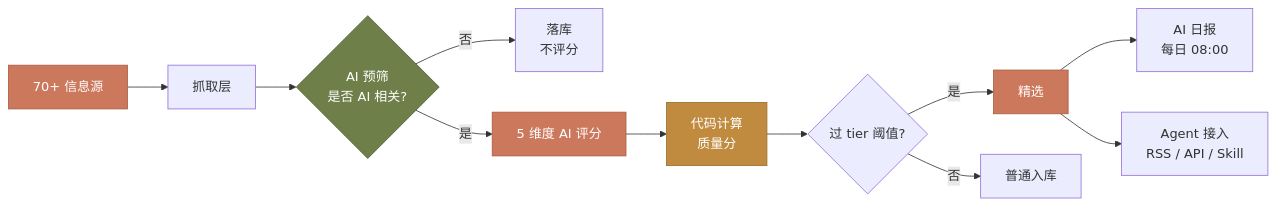
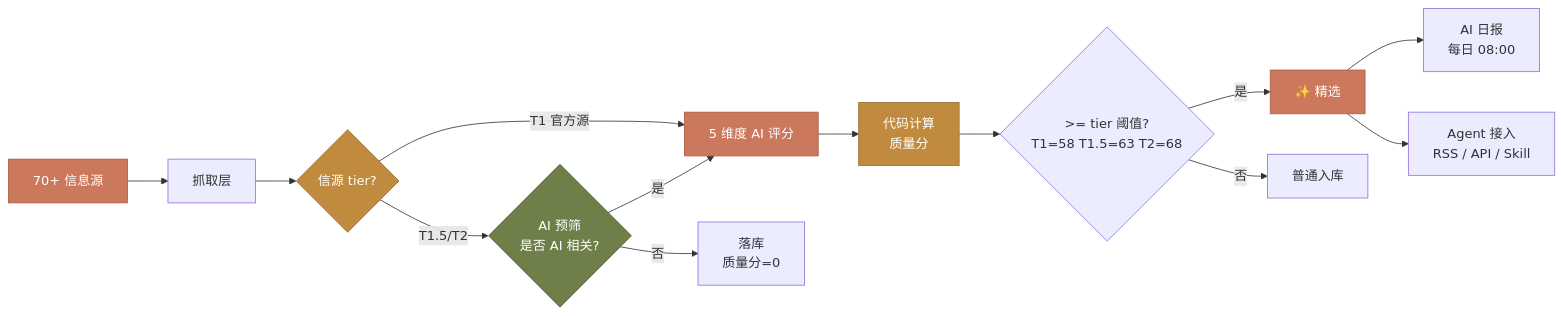
The first of 4 diagrams in 一个开源 AI 热点雷达 - 从抓取到精选的全流程实战.md (zenitlab/ai-hot-radar), drawn with Mermaid before and after one commit.

Commit message:
docs: fix architecture flow chart - add T1 skip prefilter logic

````diff
--- a/一个开源 AI 热点雷达 - 从抓取到精选的全流程实战.md
+++ b/一个开源 AI 热点雷达 - 从抓取到精选的全流程实战.md
@@ -26,19 +26,22 @@
 ```mermaid
 graph LR
     A[70+ 信息源] --> B[抓取层]
-    B --> C{AI 预筛<br/>是否 AI 相关?}
-    C -->|否| Z1[落库<br/>不评分]
-    C -->|是| D[5 维度 AI 评分]
+    B --> B1{信源 tier?}
+    B1 -->|T1 官方源| D[5 维度 AI 评分]
+    B1 -->|T1.5/T2| C{AI 预筛<br/>是否 AI 相关?}
+    C -->|否| Z1[落库<br/>质量分=0]
+    C -->|是| D
     D --> E[代码计算<br/>质量分]
-    E --> F{过 tier 阈值?}
-    F -->|是| G[精选]
+    E --> F{>= tier 阈值?<br/>T1=58 T1.5=63 T2=68}
+    F -->|是| G[✨ 精选]
     F -->|否| H[普通入库]
     G --> I[AI 日报<br/>每日 08:00]
     G --> J[Agent 接入<br/>RSS / API / Skill]
 
     style A fill:#cc785c,stroke:#a85c43,color:#fff
+    style B1 fill:#c08b3f,stroke:#9a6e2f,color:#fff
     style C fill:#6e7f4a,stroke:#4d5a32,color:#fff
     style D fill:#cc785c,stroke:#a85c43,color:#fff
     style E fill:#c08b3f,stroke:#9a6e2f,color:#fff
     style G fill:#cc785c,stroke:#a85c43,color:#fff
 ```
````
